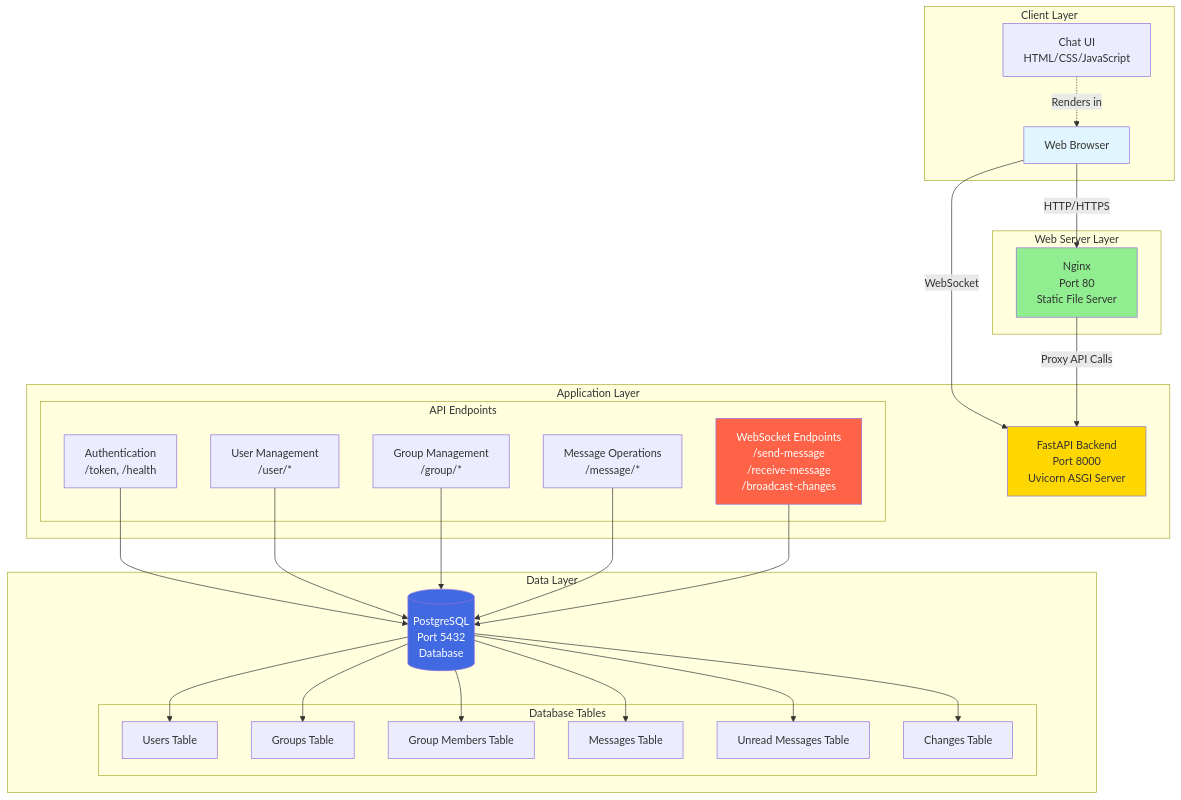
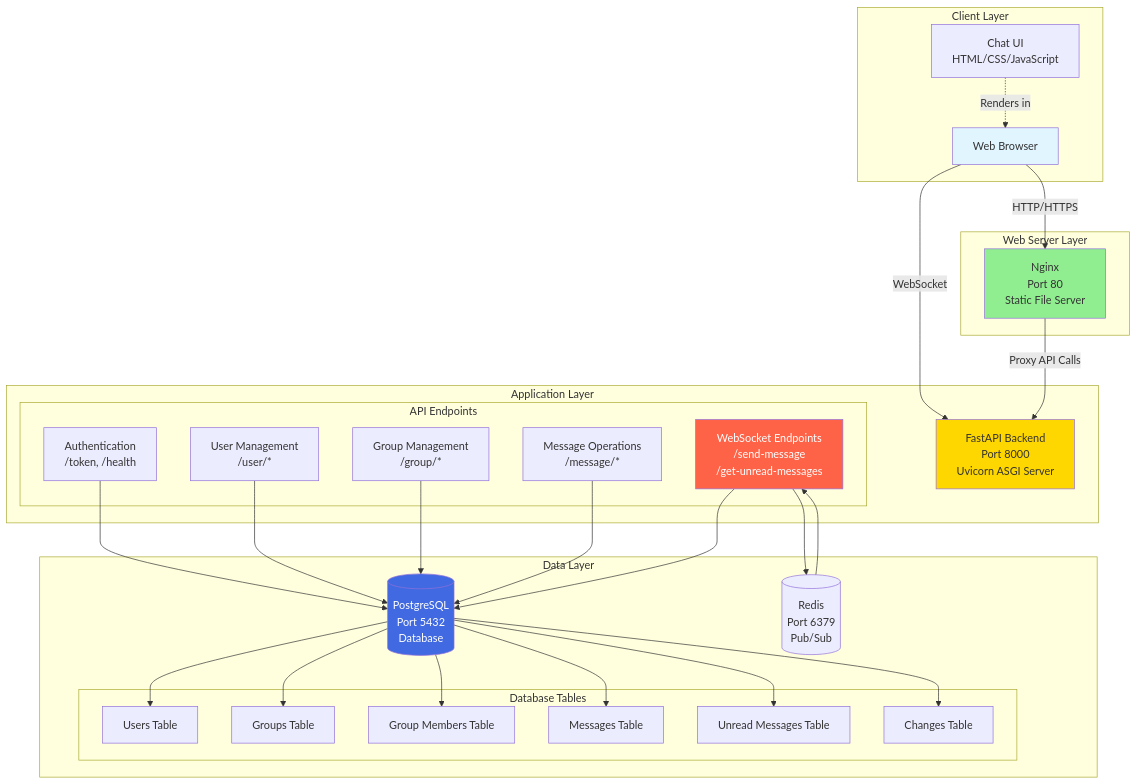
Before and after one commit to Ducksss/socketio-chat: the first of 2 diagrams in README.md, drawn with Mermaid. The commit also changed other lines of this file and 1 other file, not shown here.

````diff
--- a/README.md
+++ b/README.md
@@ -59,60 +60,63 @@
 ```mermaid
 graph TB
   subgraph "Client Layer"
     Browser[Web Browser]
     ChatUI[Chat UI<br/>HTML/CSS/JavaScript]
   end
 
   subgraph "Web Server Layer"
     Nginx[Nginx<br/>Port 80<br/>Static File Server]
   end
 
   subgraph "Application Layer"
     FastAPI[FastAPI Backend<br/>Port 8000<br/>Uvicorn ASGI Server]
         
     subgraph "API Endpoints"
       Auth[Authentication<br/>/token, /health]
       UserAPI[User Management<br/>/user/*]
       GroupAPI[Group Management<br/>/group/*]
       MessageAPI[Message Operations<br/>/message/*]
-      WS[WebSocket Endpoints<br/>/send-message<br/>/receive-message<br/>/broadcast-changes]
+      WS[WebSocket Endpoints<br/>/send-message<br/>/get-unread-messages]
     end
   end
 
   subgraph "Data Layer"
     PostgreSQL[(PostgreSQL<br/>Port 5432<br/>Database)]
+    Redis[(Redis<br/>Port 6379<br/>Pub/Sub)]
         
     subgraph "Database Tables"
       Users[Users Table]
       Groups[Groups Table]
       Members[Group Members Table]
       Messages[Messages Table]
       Unread[Unread Messages Table]
       Changes[Changes Table]
     end
   end
 
   Browser -->|HTTP/HTTPS| Nginx
   Browser -->|WebSocket| FastAPI
   Nginx -->|Proxy API Calls| FastAPI
   ChatUI -.->|Renders in| Browser
     
   Auth --> PostgreSQL
   UserAPI --> PostgreSQL
   GroupAPI --> PostgreSQL
   MessageAPI --> PostgreSQL
   WS --> PostgreSQL
+  WS --> Redis
     
   PostgreSQL --> Users
   PostgreSQL --> Groups
   PostgreSQL --> Members
   PostgreSQL --> Messages
   PostgreSQL --> Unread
   PostgreSQL --> Changes
+  Redis --> WS
 
   style Browser fill:#e1f5ff
   style Nginx fill:#90EE90
   style FastAPI fill:#FFD700
   style PostgreSQL fill:#4169E1,color:#fff
   style WS fill:#FF6347,color:#fff
 ```
````
